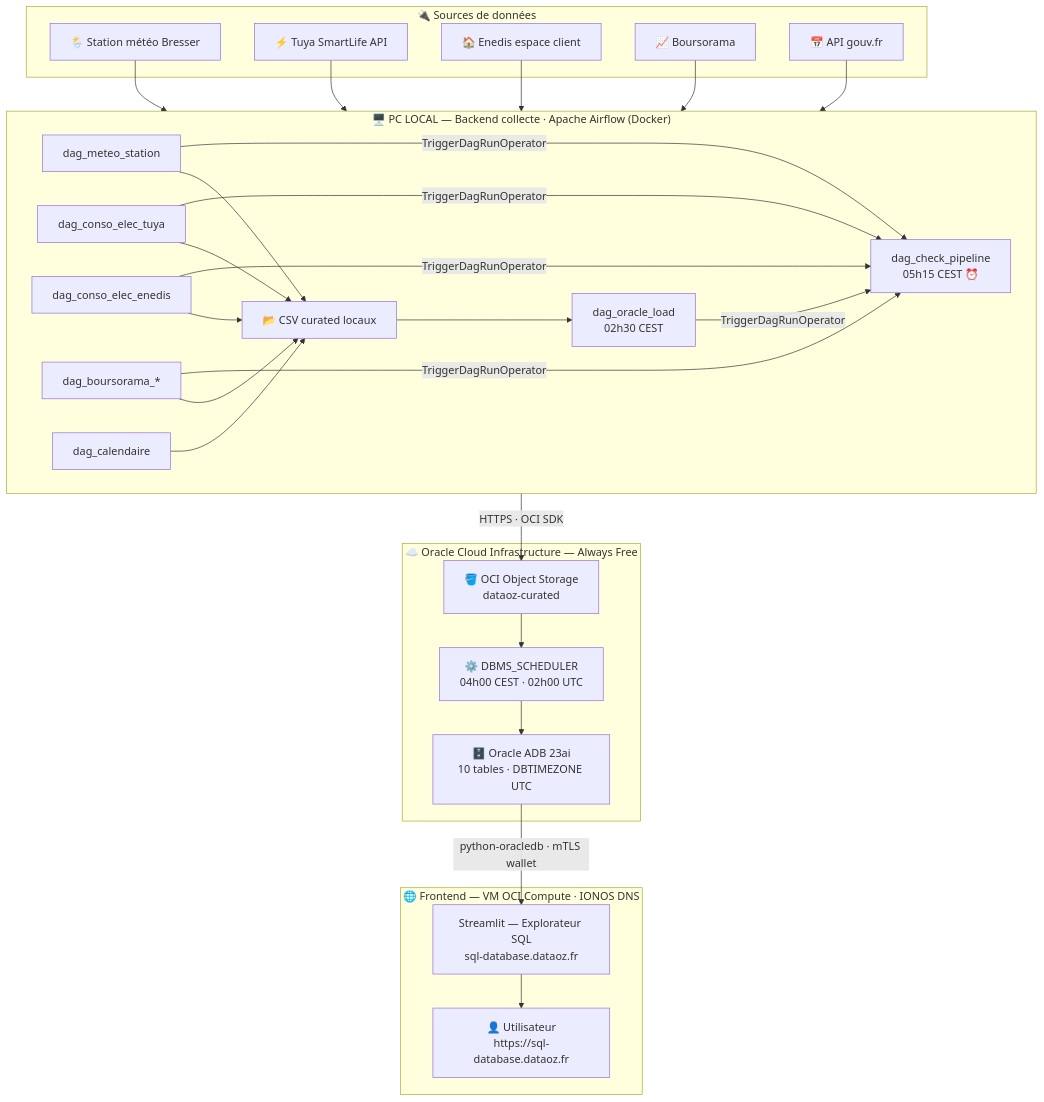
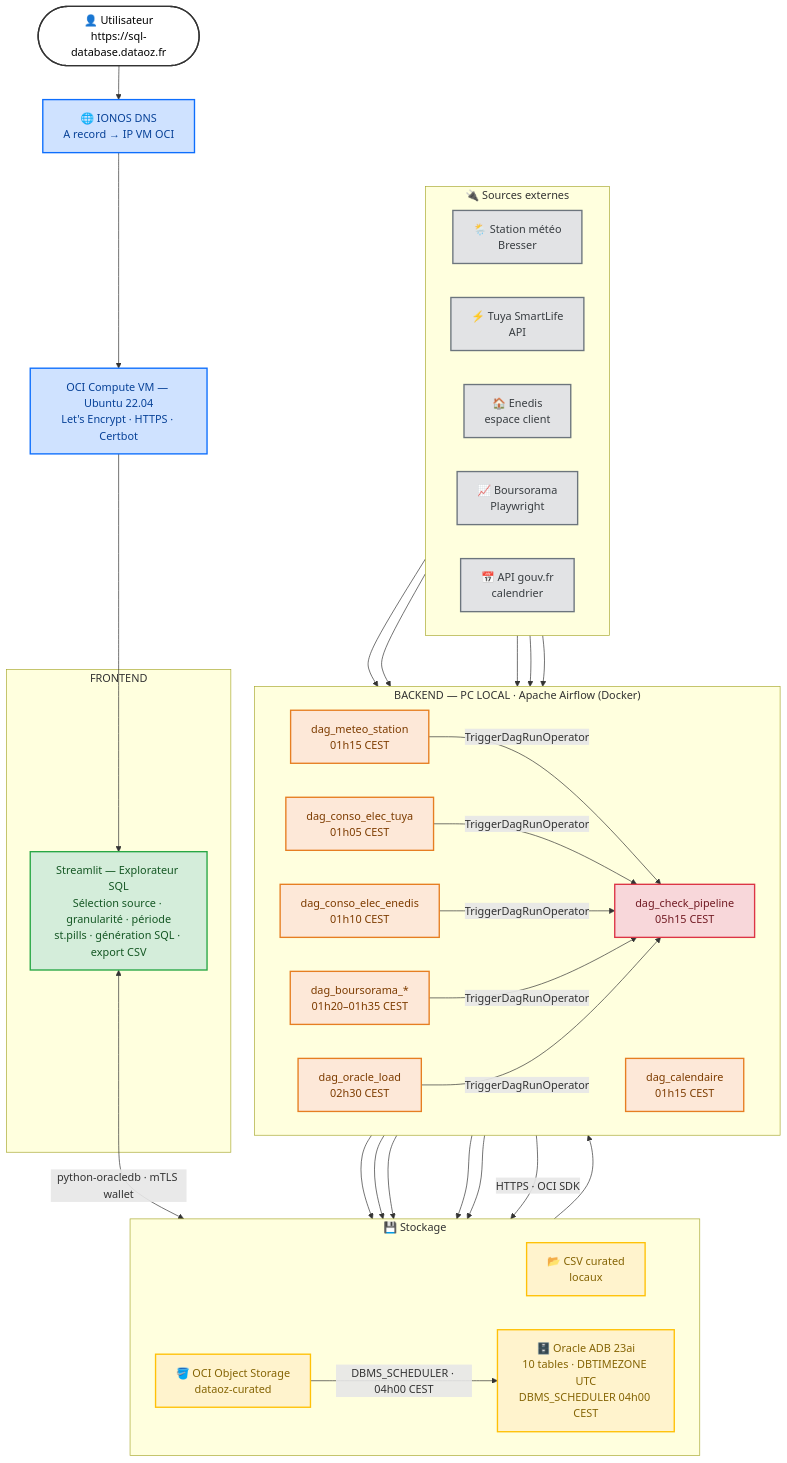
One commit to licorne2lc/Data-engineering changed the diagram in README.md. Above: the diagram before and after it, drawn with Mermaid.

Commit message:
docs: schema Mermaid avec couleurs frontend/backend/storage/sources

````diff
--- a/README.md
+++ b/README.md
@@ -75,54 +75,82 @@
 ```mermaid
 flowchart TD
-    subgraph SOURCES["🔌 Sources de données"]
-        S1["🌦️ Station météo Bresser"]
-        S2["⚡ Tuya SmartLife API"]
-        S3["🏠 Enedis espace client"]
-        S4["📈 Boursorama"]
-        S5["📅 API gouv.fr"]
+    classDef user     fill:#ffffff,stroke:#333333,stroke-width:2px,color:#000000
+    classDef infra    fill:#cfe2ff,stroke:#0d6efd,stroke-width:2px,color:#084298
+    classDef frontend fill:#d4edda,stroke:#28a745,stroke-width:2px,color:#155724
+    classDef backend  fill:#fde8d8,stroke:#e67e22,stroke-width:2px,color:#7d3c00
+    classDef storage  fill:#fff3cd,stroke:#ffc107,stroke-width:2px,color:#856404
+    classDef source   fill:#e2e3e5,stroke:#6c757d,stroke-width:2px,color:#383d41
+    classDef monitor  fill:#f8d7da,stroke:#dc3545,stroke-width:2px,color:#721c24
+
+    USER(["👤 Utilisateur
+https://sql-database.dataoz.fr"]):::user
+    DNS["🌐 IONOS DNS
+A record → IP VM OCI"]:::infra
+    NGINX["OCI Compute VM — Ubuntu 22.04
+Let's Encrypt · HTTPS · Certbot"]:::infra
+
+    subgraph FRONT["  FRONTEND  "]
+        APP["Streamlit — Explorateur SQL
+Sélection source · granularité · période
+st.pills · génération SQL · export CSV"]:::frontend
     end
 
-    subgraph LOCAL["🖥️ PC LOCAL — Backend collecte · Apache Airflow (Docker)"]
+    subgraph BACK["  BACKEND — PC LOCAL · Apache Airflow (Docker)  "]
         direction LR
-        D1["dag_meteo_station"]
-        D2["dag_conso_elec_tuya"]
-        D3["dag_conso_elec_enedis"]
-        D4["dag_boursorama_*"]
-        D5["dag_calendaire"]
-        CSV["📂 CSV curated locaux"]
+        D1["dag_meteo_station
+01h15 CEST"]:::backend
+        D2["dag_conso_elec_tuya
+01h05 CEST"]:::backend
+        D3["dag_conso_elec_enedis
+01h10 CEST"]:::backend
+        D4["dag_boursorama_*
+01h20–01h35 CEST"]:::backend
+        D5["dag_calendaire
+01h15 CEST"]:::backend
         D6["dag_oracle_load
-02h30 CEST"]
+02h30 CEST"]:::backend
         D7["dag_check_pipeline
-05h15 CEST ⏰"]
+05h15 CEST"]:::monitor
     end
 
-    subgraph OCI["☁️ Oracle Cloud Infrastructure — Always Free"]
+    subgraph STORE["  💾 Stockage  "]
+        direction LR
+        CSV["📂 CSV curated
+locaux"]:::storage
         BUCKET["🪣 OCI Object Storage
-dataoz-curated"]
-        SCHED["⚙️ DBMS_SCHEDULER
-04h00 CEST · 02h00 UTC"]
+dataoz-curated"]:::storage
         DB["🗄️ Oracle ADB 23ai
-10 tables · DBTIMEZONE UTC"]
+10 tables · DBTIMEZONE UTC
+DBMS_SCHEDULER 04h00 CEST"]:::storage
     end
 
-    subgraph FRONT["🌐 Frontend — VM OCI Compute · IONOS DNS"]
-        APP["Streamlit — Explorateur SQL
-sql-database.dataoz.fr"]
-        USER["👤 Utilisateur
-https://sql-database.dataoz.fr"]
+    subgraph SRC["  🔌 Sources externes  "]
+        direction LR
+        S1["🌦️ Station météo
+Bresser"]:::source
+        S2["⚡ Tuya SmartLife
+API"]:::source
+        S3["🏠 Enedis
+espace client"]:::source
+        S4["📈 Boursorama
+Playwright"]:::source
+        S5["📅 API gouv.fr
+calendrier"]:::source
     end
 
-    S1 --> D1 --> CSV
-    S2 --> D2 --> CSV
-    S3 --> D3 --> CSV
-    S4 --> D4 --> CSV
-    S5 --> D5 --> CSV
+    USER --> DNS --> NGINX --> APP
+    APP <-->|"python-oracledb · mTLS wallet"| DB
 
+    S1 --> D1
+    S2 --> D2
+    S3 --> D3
+    S4 --> D4
+    S5 --> D5
+
+    D1 & D2 & D3 & D4 & D5 --> CSV
     CSV --> D6
-    D6 -- "HTTPS · OCI SDK" --> BUCKET
-    BUCKET --> SCHED --> DB
+    D6 -->|"HTTPS · OCI SDK"| BUCKET
+    BUCKET -->|"DBMS_SCHEDULER · 04h00 CEST"| DB
 
-    D1 & D2 & D3 & D4 & D6 -- "TriggerDagRunOperator" --> D7
-
-    DB -- "python-oracledb · mTLS wallet" --> APP --> USER
+    D1 & D2 & D3 & D4 & D6 -->|"TriggerDagRunOperator"| D7
 ```
````
